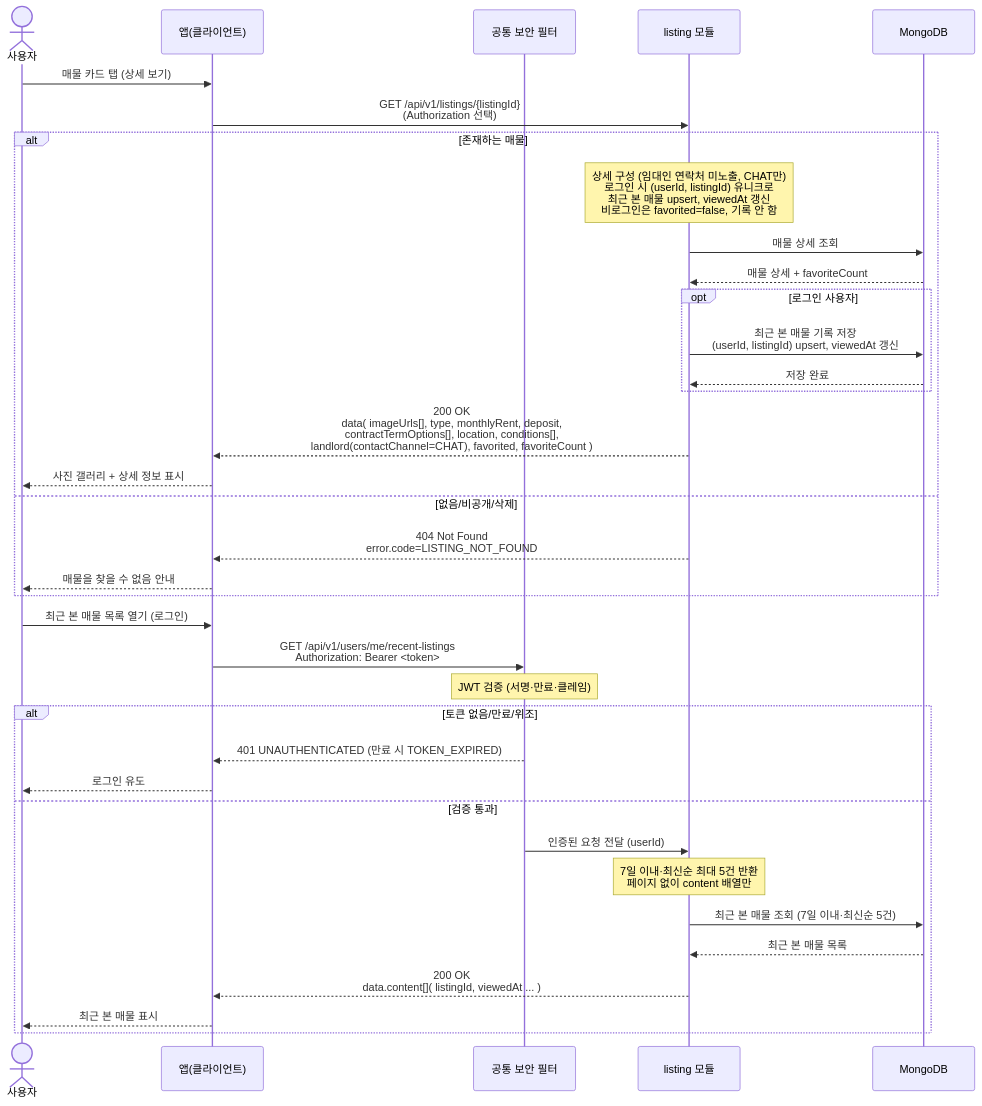
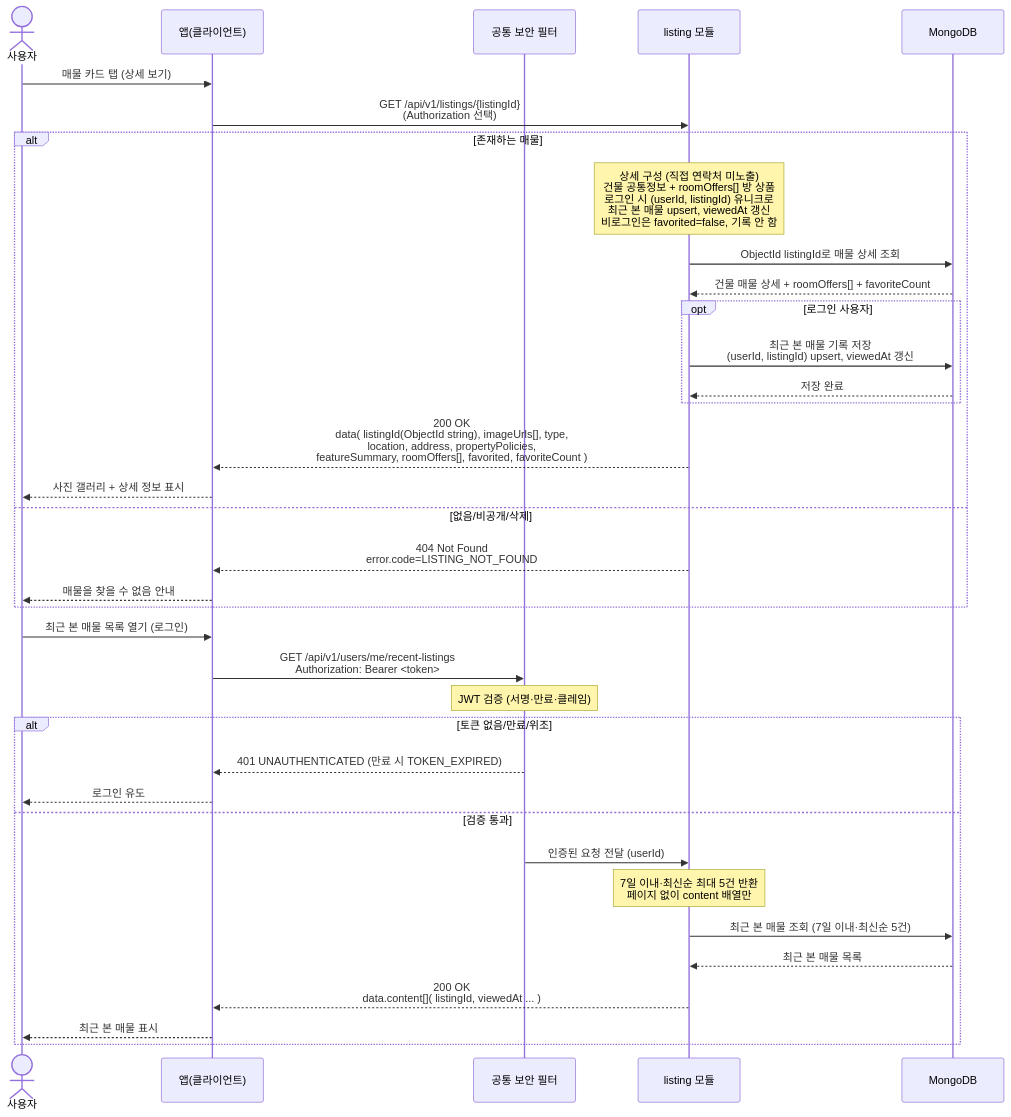
The diagram in docs/architecture/sequence-diagrams/03-listings-favorites/us-3-4-listing-detail-recent-viewed.md (jameskim9509/Kohere-backend), drawn with Mermaid before and after one commit. The commit also changed other lines of this file and 51 other files, not shown here.

````diff
--- a/docs/architecture/sequence-diagrams/03-listings-favorites/us-3-4-listing-detail-recent-viewed.md
+++ b/docs/architecture/sequence-diagrams/03-listings-favorites/us-3-4-listing-detail-recent-viewed.md
@@ -5,39 +5,39 @@
 ```mermaid
 sequenceDiagram
     actor U as 사용자
     participant C as 앱(클라이언트)
     participant SEC as 공통 보안 필터
     participant LIST as listing 모듈
     participant DB as MongoDB
 
     U->>C: 매물 카드 탭 (상세 보기)
     C->>LIST: GET /api/v1/listings/{listingId}<br/>(Authorization 선택)
     alt 존재하는 매물
-        Note over LIST: 상세 구성 (임대인 연락처 미노출, CHAT만)<br/>로그인 시 (userId, listingId) 유니크로<br/>최근 본 매물 upsert, viewedAt 갱신<br/>비로그인은 favorited=false, 기록 안 함
-        LIST->>DB: 매물 상세 조회
-        DB-->>LIST: 매물 상세 + favoriteCount
+        Note over LIST: 상세 구성 (직접 연락처 미노출)<br/>건물 공통정보 + roomOffers[] 방 상품<br/>로그인 시 (userId, listingId) 유니크로<br/>최근 본 매물 upsert, viewedAt 갱신<br/>비로그인은 favorited=false, 기록 안 함
+        LIST->>DB: ObjectId listingId로 매물 상세 조회
+        DB-->>LIST: 건물 매물 상세 + roomOffers[] + favoriteCount
         opt 로그인 사용자
             LIST->>DB: 최근 본 매물 기록 저장<br/>(userId, listingId) upsert, viewedAt 갱신
             DB-->>LIST: 저장 완료
         end
-        LIST-->>C: 200 OK<br/>data( imageUrls[], type, monthlyRent, deposit,<br/>contractTermOptions[], location, conditions[],<br/>landlord(contactChannel=CHAT), favorited, favoriteCount )
+        LIST-->>C: 200 OK<br/>data( listingId(ObjectId string), imageUrls[], type,<br/>location, address, propertyPolicies,<br/>featureSummary, roomOffers[], favorited, favoriteCount )
         C-->>U: 사진 갤러리 + 상세 정보 표시
     else 없음/비공개/삭제
         LIST-->>C: 404 Not Found<br/>error.code=LISTING_NOT_FOUND
         C-->>U: 매물을 찾을 수 없음 안내
     end
     U->>C: 최근 본 매물 목록 열기 (로그인)
     C->>SEC: GET /api/v1/users/me/recent-listings<br/>Authorization: Bearer <token>
     Note over SEC: JWT 검증 (서명·만료·클레임)
     alt 토큰 없음/만료/위조
         SEC-->>C: 401 UNAUTHENTICATED (만료 시 TOKEN_EXPIRED)
         C-->>U: 로그인 유도
     else 검증 통과
         SEC->>LIST: 인증된 요청 전달 (userId)
         Note over LIST: 7일 이내·최신순 최대 5건 반환<br/>페이지 없이 content 배열만
         LIST->>DB: 최근 본 매물 조회 (7일 이내·최신순 5건)
         DB-->>LIST: 최근 본 매물 목록
         LIST-->>C: 200 OK<br/>data.content[]( listingId, viewedAt ... )
         C-->>U: 최근 본 매물 표시
     end
 ```
````
